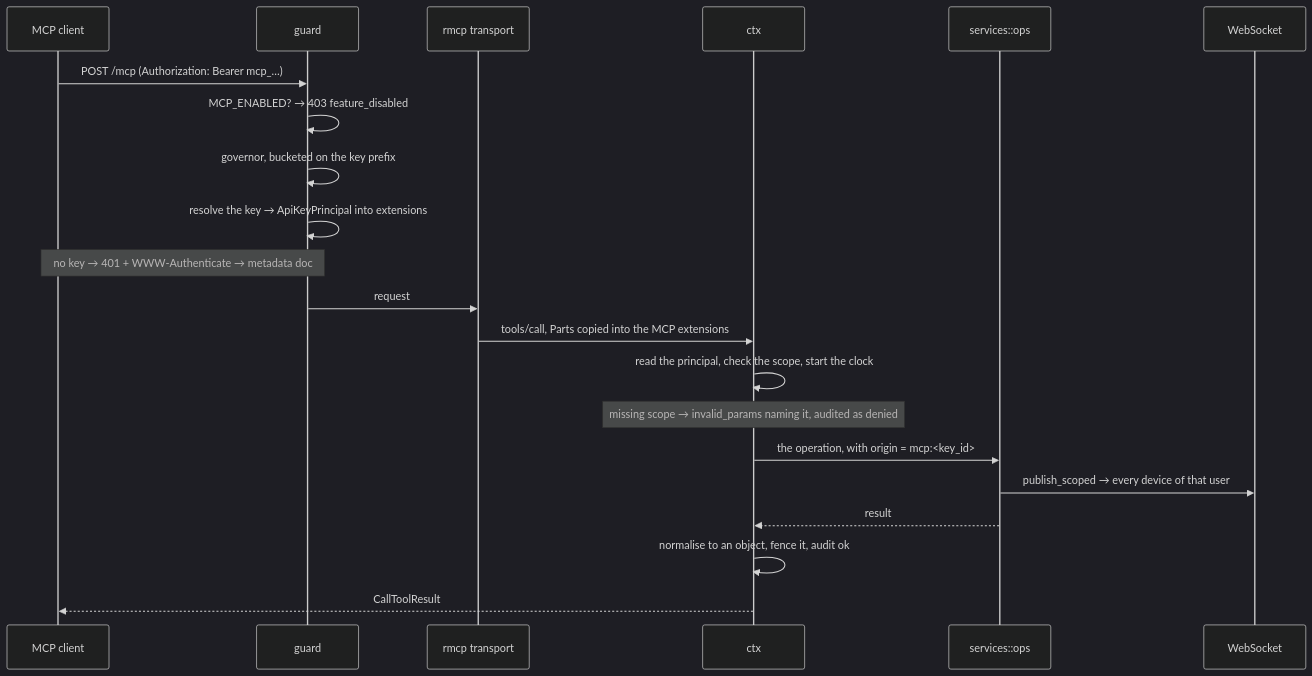
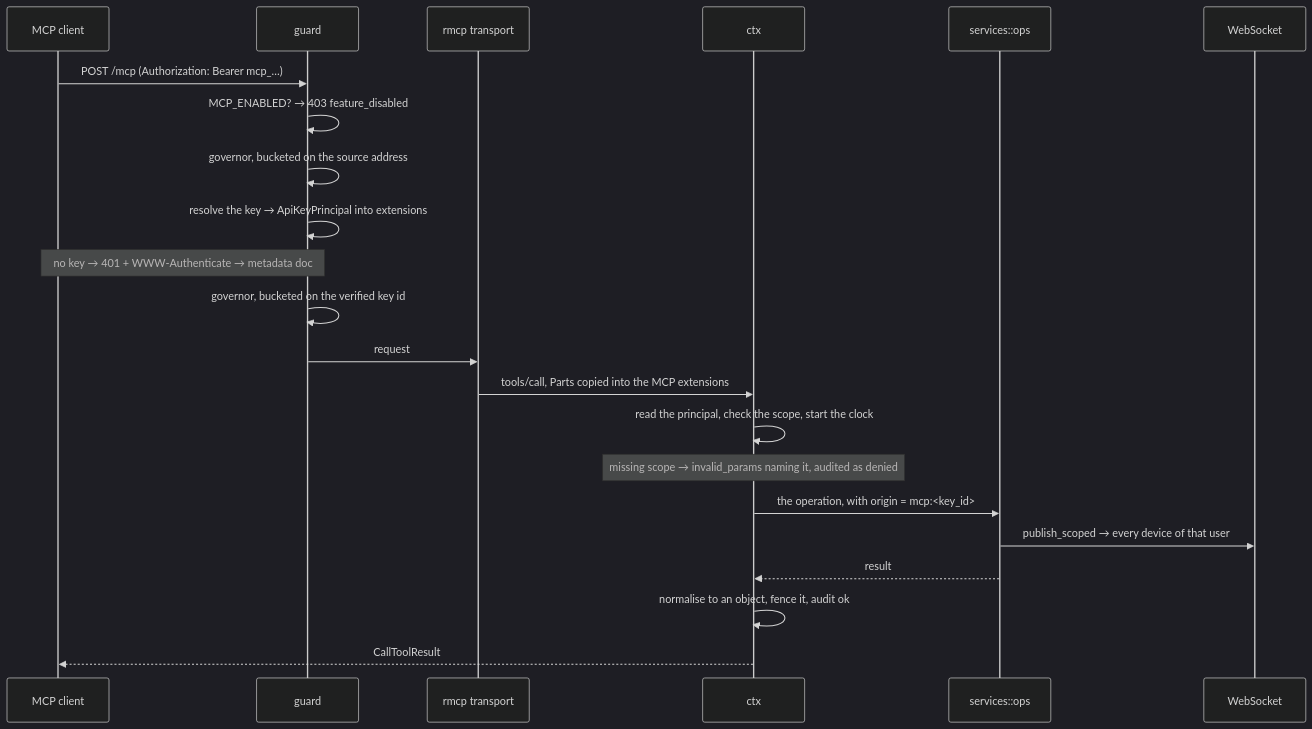
One commit to Dim145/MangaCollector changed the first of 2 diagrams in docs/modules/mcp.md. Above: the diagram before and after it, drawn with Mermaid (dark theme). The commit also changed other lines of this file and 58 other files, not shown here.

````diff
--- a/docs/modules/mcp.md
+++ b/docs/modules/mcp.md
@@ -88,24 +88,25 @@
 ```mermaid
 sequenceDiagram
     participant C as MCP client
     participant G as guard
     participant T as rmcp transport
     participant X as ctx
     participant O as services::ops
     participant W as WebSocket
 
     C->>G: POST /mcp  (Authorization: Bearer mcp_…)
     G->>G: MCP_ENABLED? → 403 feature_disabled
-    G->>G: governor, bucketed on the key prefix
+    G->>G: governor, bucketed on the source address
     G->>G: resolve the key → ApiKeyPrincipal into extensions
     Note over G,C: no key → 401 + WWW-Authenticate → metadata doc
+    G->>G: governor, bucketed on the verified key id
     G->>T: request
     T->>X: tools/call, Parts copied into the MCP extensions
     X->>X: read the principal, check the scope, start the clock
     Note over X: missing scope → invalid_params naming it, audited as denied
     X->>O: the operation, with origin = mcp:<key_id>
     O->>W: publish_scoped → every device of that user
     O-->>X: result
     X->>X: normalise to an object, fence it, audit ok
     X-->>C: CallToolResult
 ```
````
